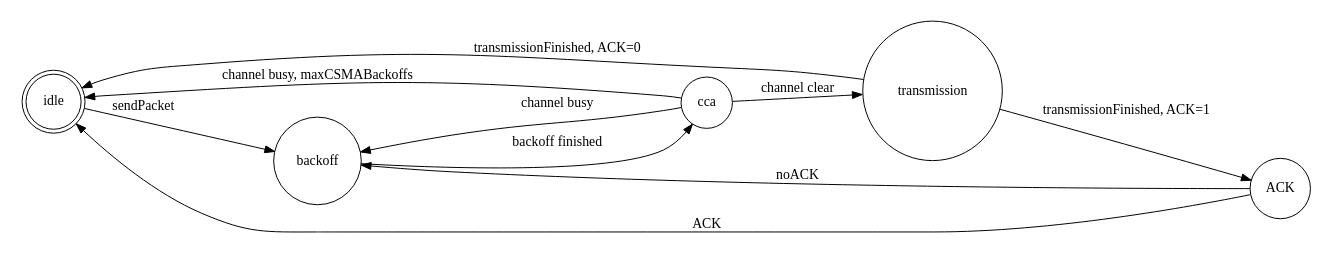
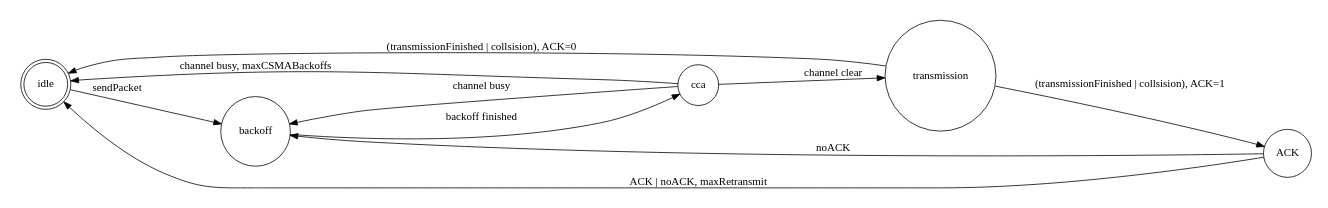
The diagram in Interference/doc/NodeFiniteState.gv (malte-christian/IEEE-802.15.4-Model), drawn with Graphviz before and after one commit.

Commit message:
updated finite state model

```diff
--- a/Interference/doc/NodeFiniteState.gv
+++ b/Interference/doc/NodeFiniteState.gv
@@ -1,15 +1,15 @@
 digraph node_finite_state_machine {
 	rankdir=LR;
 	size="8,5"
 	node [shape = doublecircle]; idle;
 	node [shape = circle];
 	idle -> backoff [ label = "sendPacket" ];
 	backoff -> cca [ label = "backoff finished" ];
 	cca -> idle [ label = "channel busy, maxCSMABackoffs" ];
 	cca -> backoff [ label = "channel busy" ];
 	cca -> transmission [ label = "channel clear" ];
-	transmission -> idle [ label = "transmissionFinished, ACK=0" ];
-	transmission -> ACK [ label = "transmissionFinished, ACK=1" ];
+	transmission -> idle [ label = "(transmissionFinished | collsision), ACK=0" ];
+	transmission -> ACK [ label = "(transmissionFinished | collsision), ACK=1" ];
 	ACK -> backoff [ label = "noACK" ];
-	ACK -> idle [ label = "ACK" ];
+	ACK -> idle [ label = "ACK | noACK, maxRetransmit" ];
 }
```
